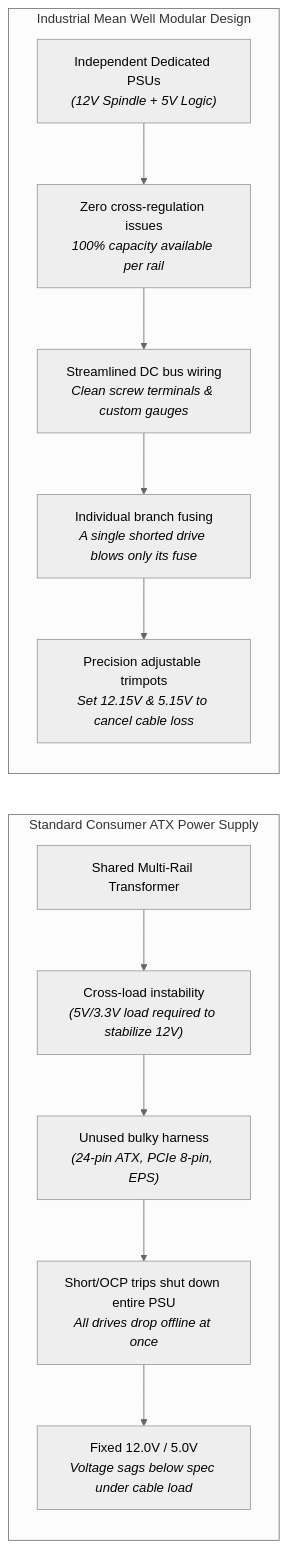
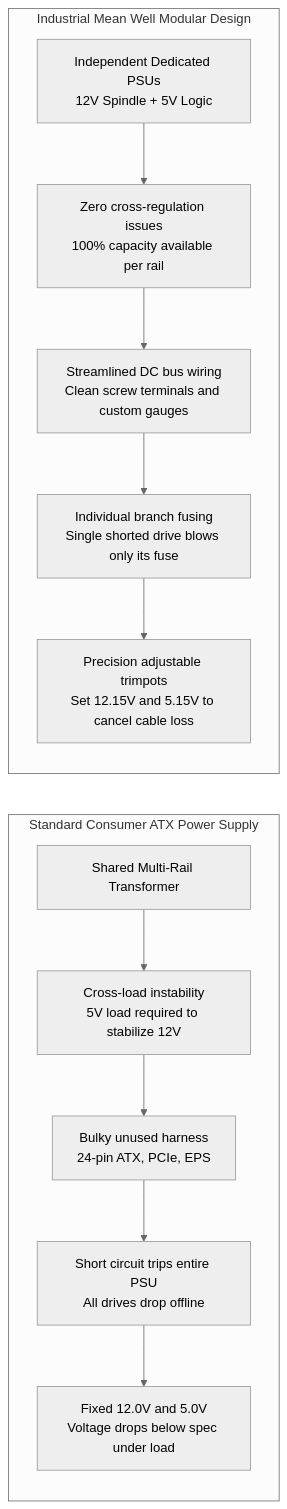
The second of 3 diagrams in README.md (Lukas0923xcv/JBOD), drawn with Mermaid (neutral theme) before and after one commit. The commit also changed other lines of this file and 5 other files, not shown here.

Commit message:
Standardize on Mean Well RSP-200-12, RSP-500-12, and LRS-150F-5; sanitize all Mermaid diagrams

````diff
--- a/README.md
+++ b/README.md
@@ -125,18 +123,16 @@
 ```mermaid
 flowchart LR
     subgraph ATX ["Standard Consumer ATX Power Supply"]
-        direction TB
-        A1["Shared Multi-Rail Transformer"] --> A2["Cross-load instability<br><i>(5V/3.3V load required to stabilize 12V)</i>"]
-        A2 --> A3["Unused bulky harness<br><i>(24-pin ATX, PCIe 8-pin, EPS)</i>"]
-        A3 --> A4["Short/OCP trips shut down entire PSU<br><i>All drives drop offline at once</i>"]
-        A4 --> A5["Fixed 12.0V / 5.0V<br><i>Voltage sags below spec under cable load</i>"]
+        A1["Shared Multi-Rail Transformer"] --> A2["Cross-load instability<br>5V load required to stabilize 12V"]
+        A2 --> A3["Bulky unused harness<br>24-pin ATX, PCIe, EPS"]
+        A3 --> A4["Short circuit trips entire PSU<br>All drives drop offline"]
+        A4 --> A5["Fixed 12.0V and 5.0V<br>Voltage drops below spec under load"]
     end
 
     subgraph MW ["Industrial Mean Well Modular Design"]
-        direction TB
-        M1["Independent Dedicated PSUs<br><i>(12V Spindle + 5V Logic)</i>"] --> M2["Zero cross-regulation issues<br><i>100% capacity available per rail</i>"]
-        M2 --> M3["Streamlined DC bus wiring<br><i>Clean screw terminals & custom gauges</i>"]
-        M3 --> M4["Individual branch fusing<br><i>A single shorted drive blows only its fuse</i>"]
-        M4 --> M5["Precision adjustable trimpots<br><i>Set 12.15V & 5.15V to cancel cable loss</i>"]
+        M1["Independent Dedicated PSUs<br>12V Spindle + 5V Logic"] --> M2["Zero cross-regulation issues<br>100% capacity available per rail"]
+        M2 --> M3["Streamlined DC bus wiring<br>Clean screw terminals and custom gauges"]
+        M3 --> M4["Individual branch fusing<br>Single shorted drive blows only its fuse"]
+        M4 --> M5["Precision adjustable trimpots<br>Set 12.15V and 5.15V to cancel cable loss"]
     end
 ```
````
